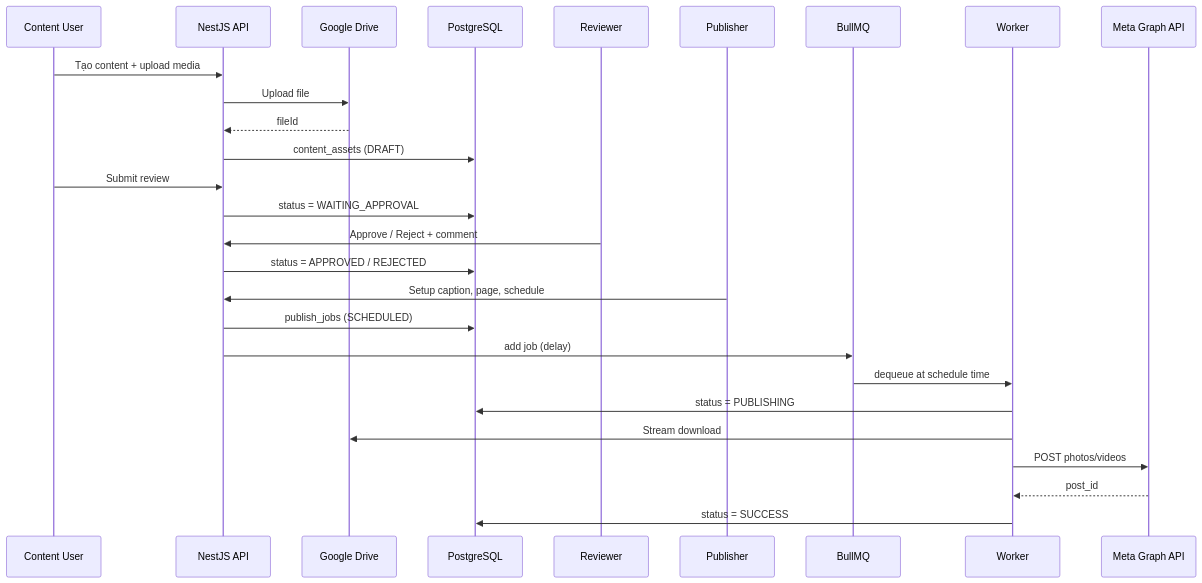
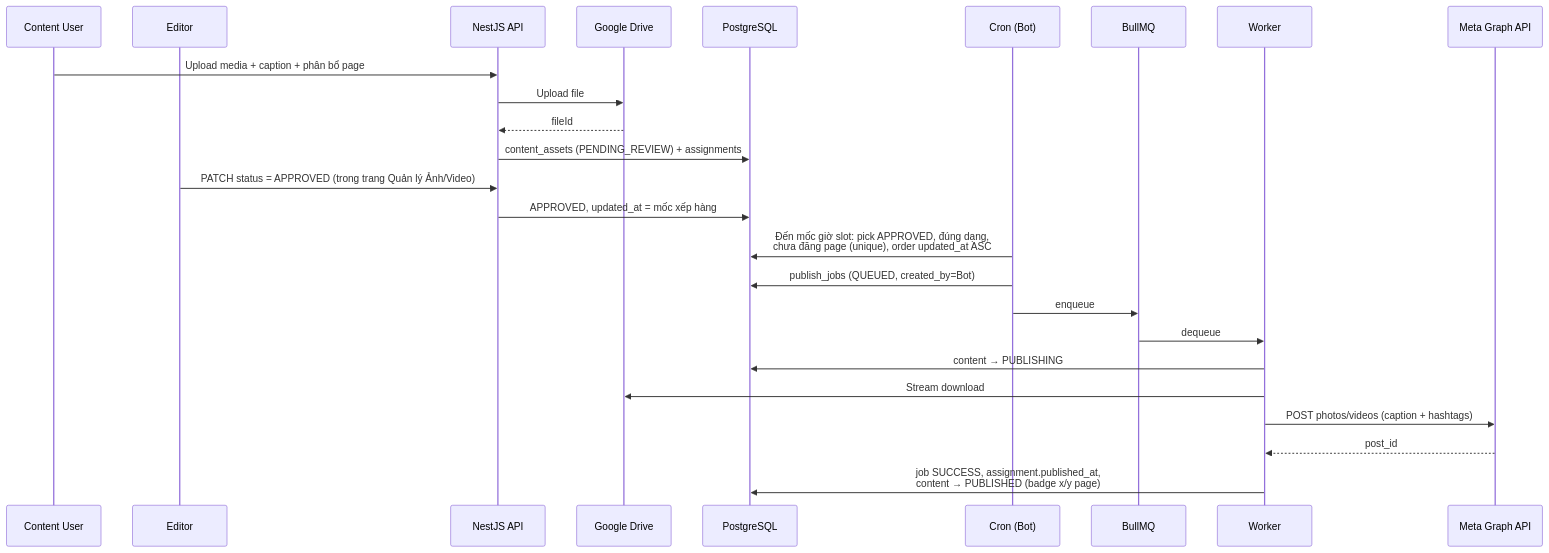
The diagram in docs/00-overview.md (hieptvh18/auto-post-social), drawn with Mermaid before and after one commit. The commit also changed other lines of this file and 32 other files, not shown here.

````diff
--- a/docs/00-overview.md
+++ b/docs/00-overview.md
@@ -127,34 +131,31 @@
 ```mermaid
 sequenceDiagram
     participant CU as Content User
+    participant ED as Editor
     participant API as NestJS API
     participant GD as Google Drive
     participant DB as PostgreSQL
-    participant RV as Reviewer
-    participant PB as Publisher
+    participant CR as Cron (Bot)
     participant Q as BullMQ
     participant W as Worker
     participant FB as Meta Graph API
 
-    CU->>API: Tạo content + upload media
+    CU->>API: Upload media + caption + phân bổ page
     API->>GD: Upload file
     GD-->>API: fileId
-    API->>DB: content_assets (DRAFT)
+    API->>DB: content_assets (PENDING_REVIEW) + assignments
 
-    CU->>API: Submit review
-    API->>DB: status = WAITING_APPROVAL
+    ED->>API: PATCH status = APPROVED (trong trang Quản lý Ảnh/Video)
+    API->>DB: APPROVED, updated_at = mốc xếp hàng
 
-    RV->>API: Approve / Reject + comment
-    API->>DB: status = APPROVED / REJECTED
+    CR->>DB: Đến mốc giờ slot: pick APPROVED, đúng dạng,<br/>chưa đăng page (unique), order updated_at ASC
+    CR->>DB: publish_jobs (QUEUED, created_by=Bot)
+    CR->>Q: enqueue
 
-    PB->>API: Setup caption, page, schedule
-    API->>DB: publish_jobs (SCHEDULED)
-    API->>Q: add job (delay)
-
-    Q->>W: dequeue at schedule time
-    W->>DB: status = PUBLISHING
+    Q->>W: dequeue
+    W->>DB: content → PUBLISHING
     W->>GD: Stream download
-    W->>FB: POST photos/videos
+    W->>FB: POST photos/videos (caption + hashtags)
     FB-->>W: post_id
-    W->>DB: status = SUCCESS
+    W->>DB: job SUCCESS, assignment.published_at,<br/>content → PUBLISHED (badge x/y page)
 ```
````
